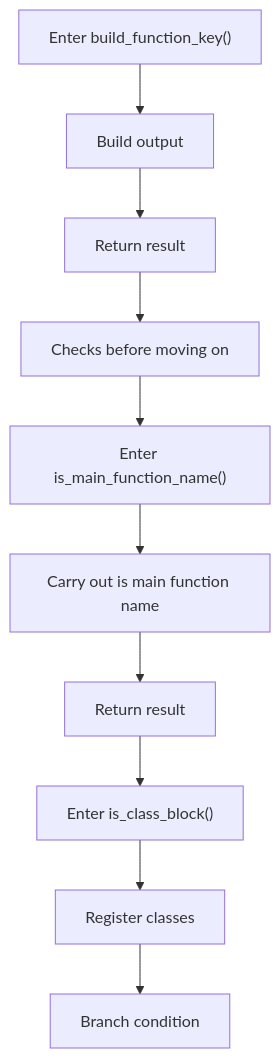
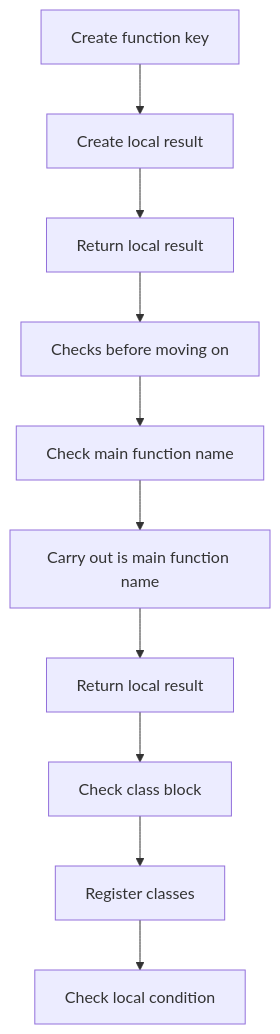
Before and after one commit to JohnAndrewBalbarosa/NeoTerritory: the sixth of 9 diagrams in docs/Codebase/Microservice/Modules/Source/Analysis/ImplementationUse/Resolution/Symbols/Resolve/Flow/symbols_utils_program_flow.cpp.md, drawn with Mermaid. The commit also changed other lines of this file and 925 other files, not shown here.

````diff
--- a/docs/Codebase/Microservice/Modules/Source/Analysis/ImplementationUse/Resolution/Symbols/Resolve/Flow/symbols_utils_program_flow.cpp.md
+++ b/docs/Codebase/Microservice/Modules/Source/Analysis/ImplementationUse/Resolution/Symbols/Resolve/Flow/symbols_utils_program_flow.cpp.md
@@ -145,22 +145,22 @@
 ```mermaid
 flowchart TD
-    N0["Enter build_function_key()"]
-    N1["Build output"]
-    N2["Return result"]
+    N0["Create function key"]
+    N1["Create local result"]
+    N2["Return local result"]
     N3["Checks before moving on"]
-    N4["Enter is_main_function_name()"]
+    N4["Check main function name"]
     N5["Carry out is main function name"]
-    N6["Return result"]
-    N7["Enter is_class_block()"]
+    N6["Return local result"]
+    N7["Check class block"]
     N8["Register classes"]
-    N9["Branch condition"]
+    N9["Check local condition"]
     N0 --> N1
     N1 --> N2
     N2 --> N3
     N3 --> N4
     N4 --> N5
     N5 --> N6
     N6 --> N7
     N7 --> N8
     N8 --> N9
 ```
````
